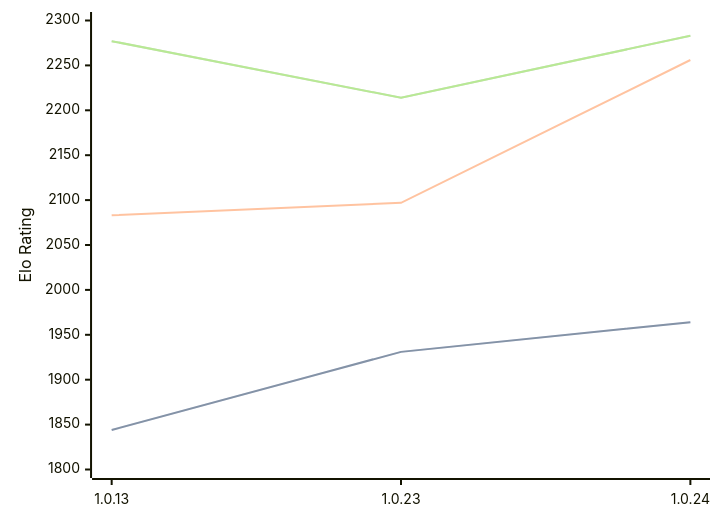
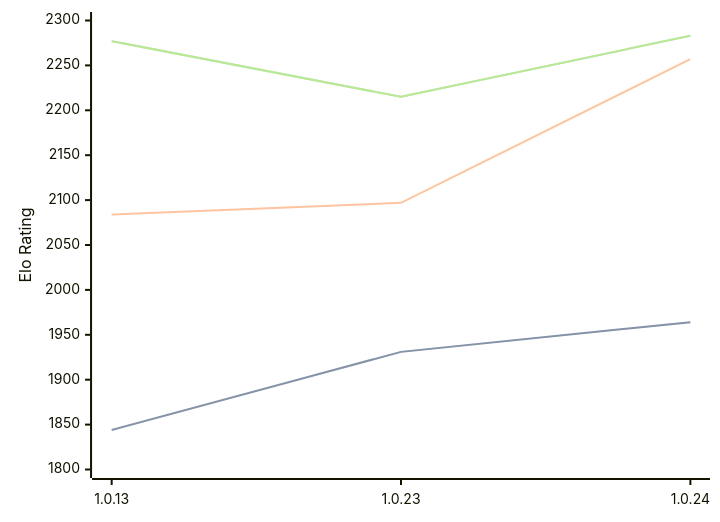
One commit to computer-chess-index/cci changed the diagram in engines/RustyRival.md. Above: the diagram before and after it, drawn with Mermaid. The commit also changed other lines of this file, not shown here.

Commit message:
Update CCI Ratings (ELO VLTC) - 2026-02-18

````diff
--- a/engines/RustyRival.md
+++ b/engines/RustyRival.md
@@ -53,11 +53,11 @@
 ```mermaid
 %%{init: {"theme":"base","themeVariables":{"seriesColors:['#a3a3a3','#222221','#faa371']}}}%%
 xychart-beta
   x-axis ["1.0.13", "1.0.23", "1.0.24"]
   y-axis "Elo Rating" 1800 --> 2300
   line "STC (8.0+0.08s)" [1844, 1931, 1964]
   line "STC (8.0+0.08s)" [1844, 1931, 1964]
-  line "LTC (60.0+0.60s)" [2083, 2097, 2256]
-  line "VLTC (2m24s+1.12s)" [2277, 2214, 2283]
-  line "VLTC (2m24s+1.12s)" [2277, 2214, 2283]
+  line "LTC (60.0+0.60s)" [2084, 2097, 2257]
+  line "VLTC (2m24s+1.12s)" [2277, 2215, 2283]
+  line "VLTC (2m24s+1.12s)" [2277, 2215, 2283]
 ```
````
